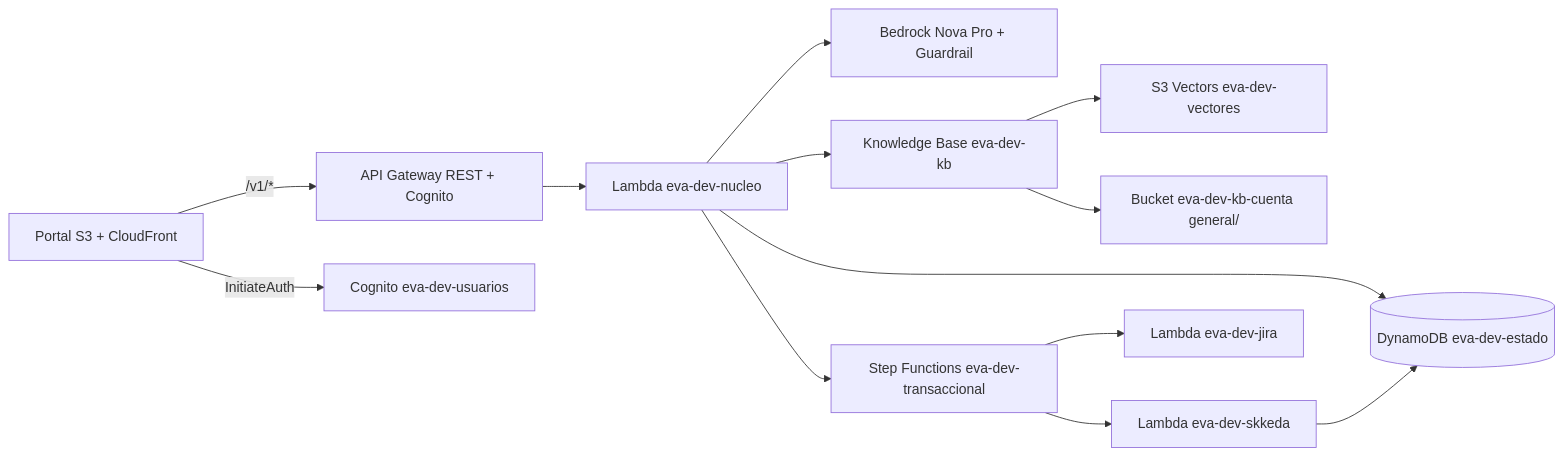
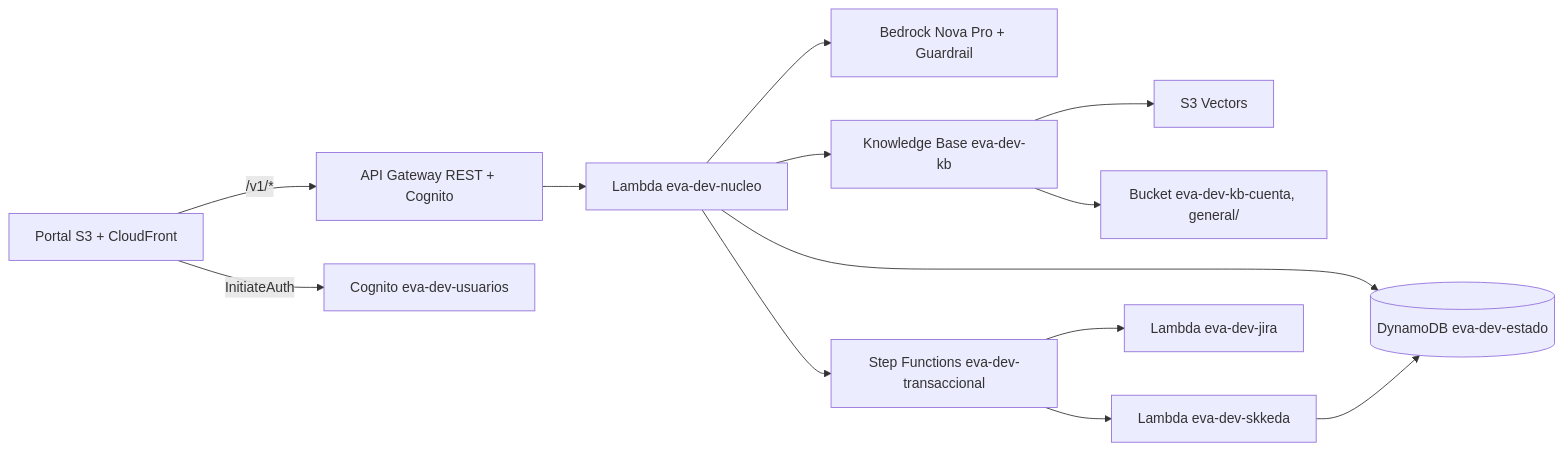
Before and after one commit to xgaona/hackathon: the diagram in .kiro/specs/infra-y-portal/design.md, drawn with Mermaid. The commit also changed other lines of this file and 7 other files, not shown here.

````diff
--- a/.kiro/specs/infra-y-portal/design.md
+++ b/.kiro/specs/infra-y-portal/design.md
@@ -9,15 +11,15 @@
 ```mermaid
 flowchart LR
   P[Portal S3 + CloudFront] -->|/v1/*| API[API Gateway REST + Cognito]
   P -->|InitiateAuth| COG[Cognito eva-dev-usuarios]
   API --> N[Lambda eva-dev-nucleo]
   N --> BR[Bedrock Nova Pro + Guardrail]
   N --> KB[Knowledge Base eva-dev-kb]
-  KB --> V[S3 Vectors eva-dev-vectores]
-  KB --> S3K[Bucket eva-dev-kb-cuenta general/]
+  KB --> V[S3 Vectors]
+  KB --> S3K[Bucket eva-dev-kb-cuenta, general/]
   N --> SF[Step Functions eva-dev-transaccional]
   SF --> SK[Lambda eva-dev-skkeda]
   SF --> JI[Lambda eva-dev-jira]
   N --> T[(DynamoDB eva-dev-estado)]
   SK --> T
 ```
````
